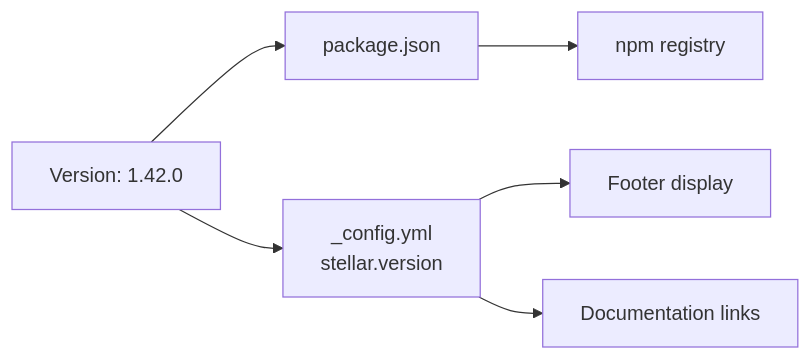
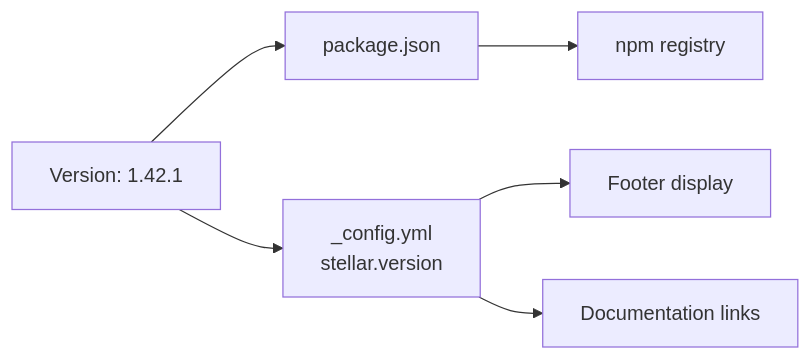
The fifth of 5 diagrams in themes/stellar/docs/knowledge/00-总览与安装配置/installation.md (penndu/hexo), drawn with Mermaid before and after one commit. The commit also changed other lines of this file and 114 other files, not shown here.

````diff
--- a/themes/stellar/docs/knowledge/00-总览与安装配置/installation.md
+++ b/themes/stellar/docs/knowledge/00-总览与安装配置/installation.md
@@ -373,14 +373,14 @@
 ```mermaid
 graph LR
-    VER["Version: 1.42.0"]
+    VER["Version: 1.42.1"]
     
     PKG["package.json"]
     CONFIG["_config.yml<br/>stellar.version"]
     
     VER --> PKG
     VER --> CONFIG
     
     PKG --> NPM["npm registry"]
     CONFIG --> FOOTER["Footer display"]
     CONFIG --> DOCS["Documentation links"]
 ```
````
